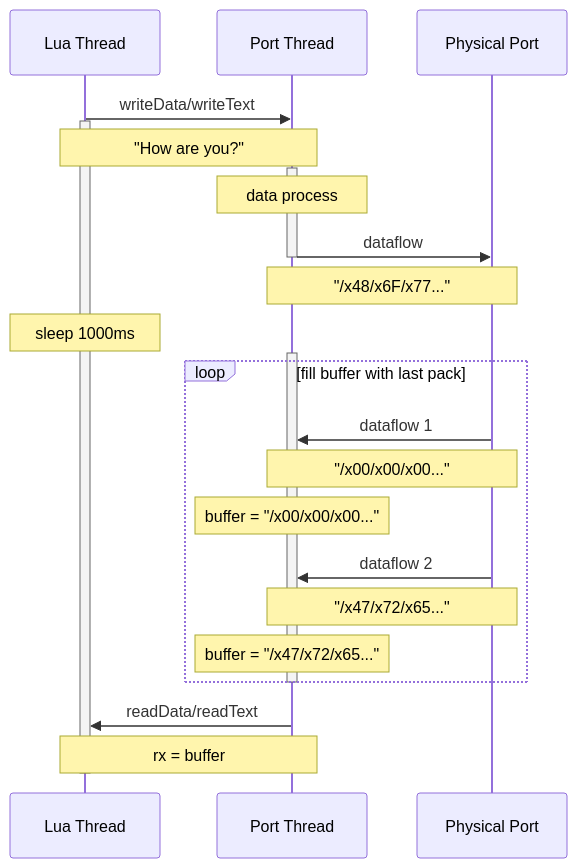
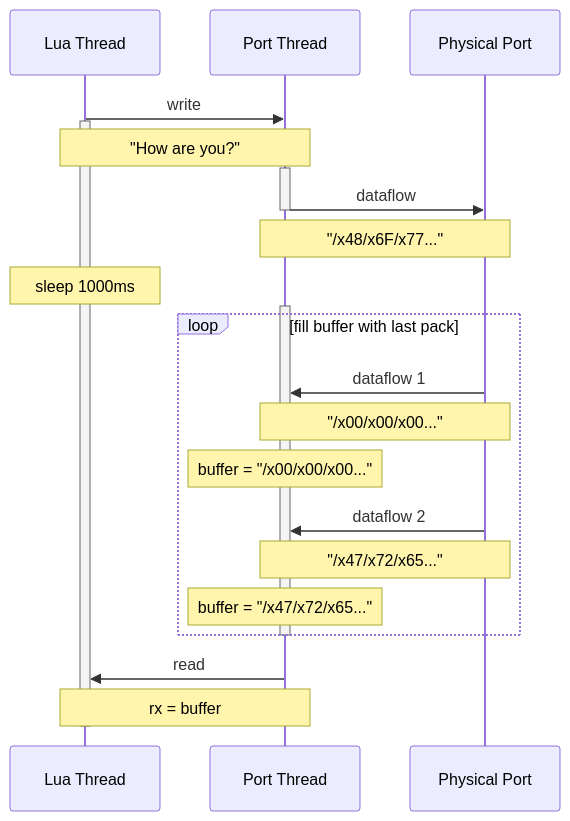
One commit to zyt20001205/UniComm2 changed the eighth of 8 diagrams in readme.md. Above: the diagram before and after it, drawn with Mermaid. The commit also changed other lines of this file and 1 other file, not shown here.

````diff
--- a/readme.md
+++ b/readme.md
@@ -491,30 +501,29 @@
 ```mermaid
 
 sequenceDiagram
     participant Lua Thread
     participant Port Thread
     participant Physical Port
-    Lua Thread ->> Port Thread: writeData/writeText
+    Lua Thread ->> Port Thread: write
     activate Lua Thread
     Note over Lua Thread, Port Thread: "How are you?"
     activate Port Thread
-    Note over Port Thread: data process
     Port Thread ->> Physical Port: dataflow
     deactivate Port Thread
     Note over Port Thread, Physical Port: "/x48/x6F/x77..."
     Note over Lua Thread: sleep 1000ms
     activate Port Thread
     loop fill buffer with last pack
         Physical Port ->> Port Thread: dataflow 1
         Note over Port Thread, Physical Port: "/x00/x00/x00..."
         Note over Port Thread: buffer = "/x00/x00/x00..."
         Physical Port ->> Port Thread: dataflow 2
         Note over Port Thread, Physical Port: "/x47/x72/x65..."
         Note over Port Thread: buffer = "/x47/x72/x65..."
     end
     deactivate Port Thread
-    Port Thread ->> Lua Thread: readData/readText
+    Port Thread ->> Lua Thread: read
     Note over Lua Thread, Port Thread: rx = buffer
     deactivate Lua Thread
 
 ```
````
